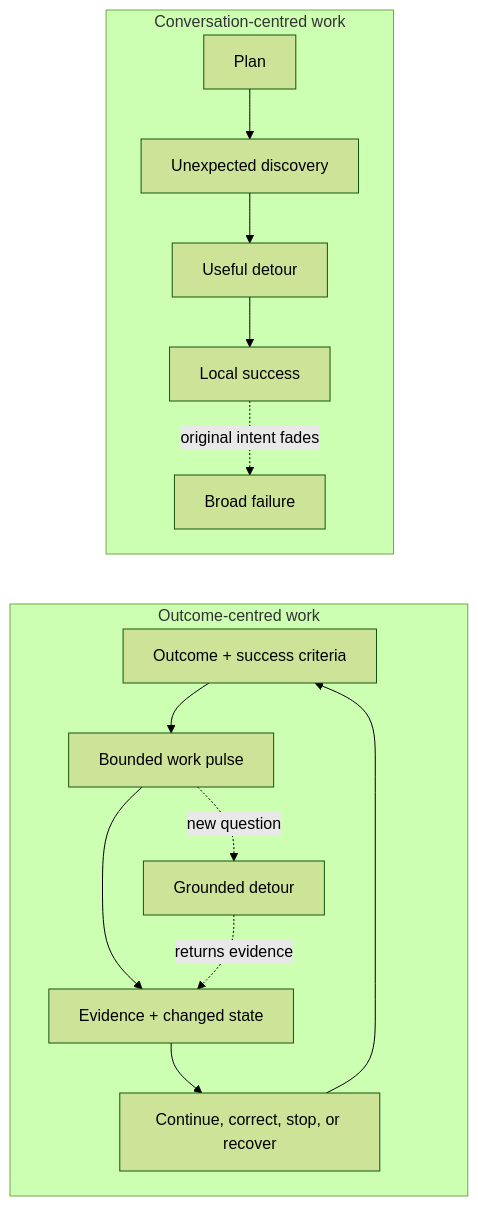
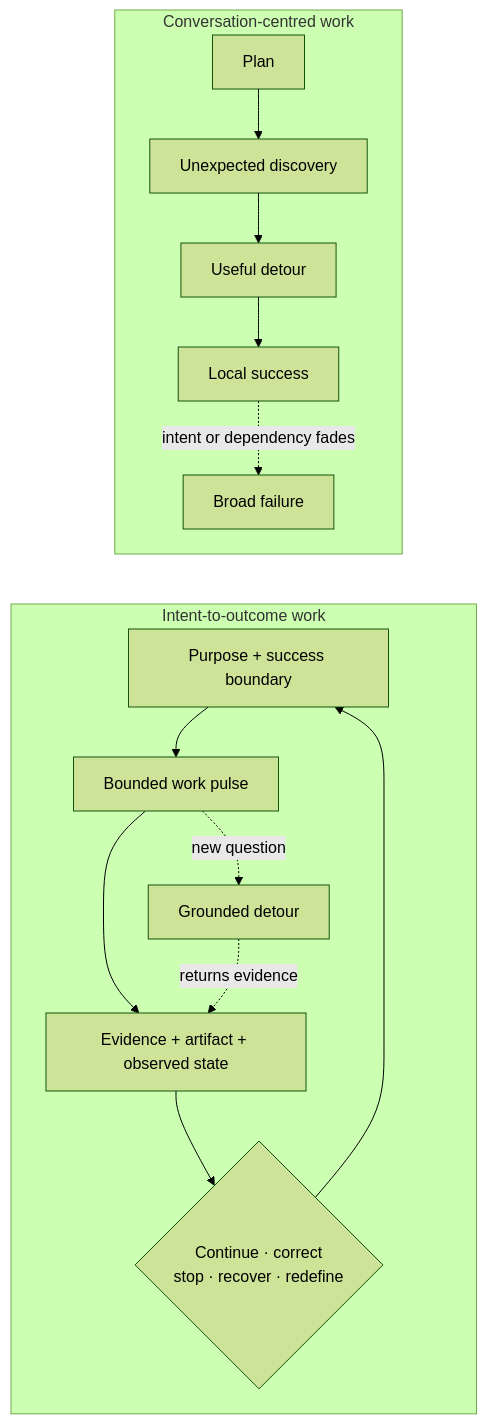
One commit to yiwei79/root-azoth changed the first of 2 diagrams in kernel/templates/README.public.azoth.md. Above: the diagram before and after it, drawn with Mermaid (forest theme). The commit also changed other lines of this file and 7 other files, not shown here.

````diff
--- a/kernel/templates/README.public.azoth.md
+++ b/kernel/templates/README.public.azoth.md
@@ -12,20 +47,20 @@
 ```mermaid
 flowchart TB
-    subgraph T["Conversation-centred work"]
-        T1["Plan"] --> T2["Unexpected discovery"]
-        T2 --> T3["Useful detour"]
-        T3 --> T4["Local success"]
-        T4 -.->|original intent fades| T5["Broad failure"]
+    subgraph L["Conversation-centred work"]
+        L1["Plan"] --> L2["Unexpected discovery"]
+        L2 --> L3["Useful detour"]
+        L3 --> L4["Local success"]
+        L4 -.->|intent or dependency fades| L5["Broad failure"]
     end
 
-    subgraph O["Outcome-centred work"]
-        O1["Outcome + success criteria"] --> O2["Bounded work pulse"]
-        O2 --> O3["Evidence + changed state"]
-        O3 --> O4["Continue, correct, stop, or recover"]
-        O4 --> O1
-        O2 -.->|new question| O5["Grounded detour"]
-        O5 -.->|returns evidence| O3
+    subgraph D["Intent-to-outcome work"]
+        D1["Purpose + success boundary"] --> D2["Bounded work pulse"]
+        D2 --> D3["Evidence + artifact + observed state"]
+        D3 --> D4{"Continue · correct<br/>stop · recover · redefine"}
+        D4 --> D1
+        D2 -.->|new question| D5["Grounded detour"]
+        D5 -.->|returns evidence| D3
     end
 
-    T5 ~~~ O1
+    L5 ~~~ D1
 ```
````
